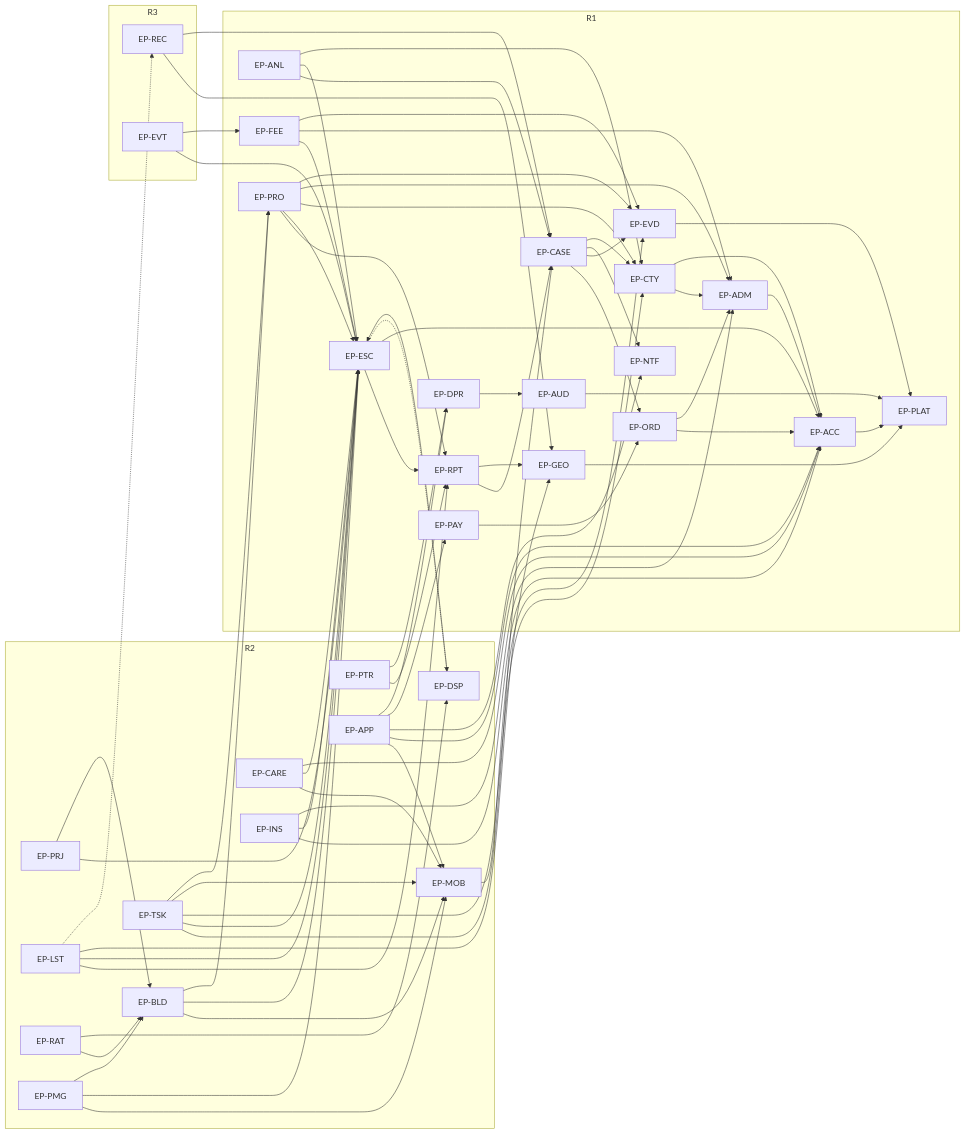
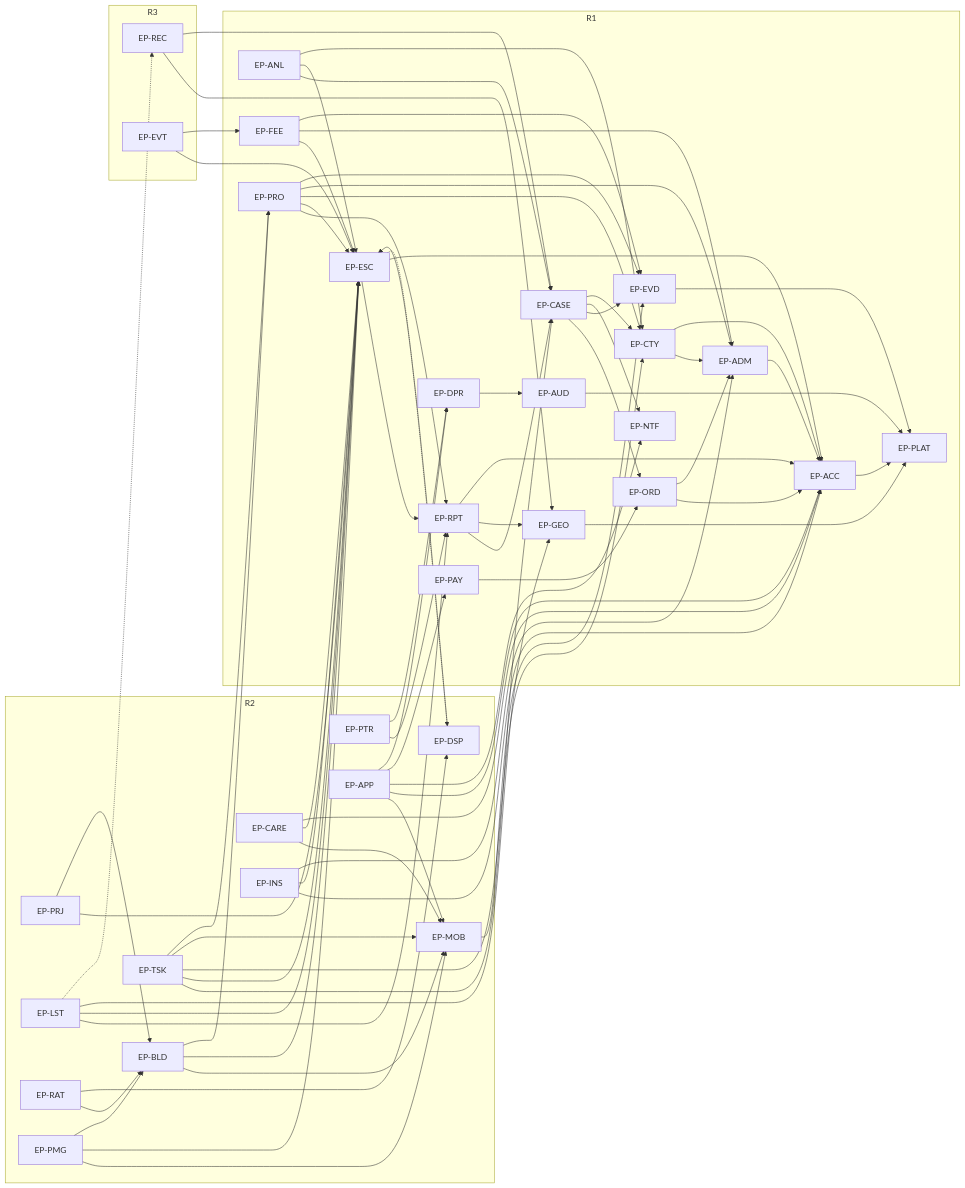
Before and after one commit to 1SteveMens/Fidero: the second of 2 diagrams in docs/specs/04-project-plan-and-backlog.md, drawn with Mermaid. The commit also changed other lines of this file and 4 other files, not shown here.

```diff
--- a/docs/specs/04-project-plan-and-backlog.md
+++ b/docs/specs/04-project-plan-and-backlog.md
@@ -2027,6 +2083,7 @@
     LST -.-> REC
     EVT --> ESC
     EVT --> FEE
+    RPT --> ACC
     PRO --> RPT
     PRO --> ESC
     PRO --> CTY
```
